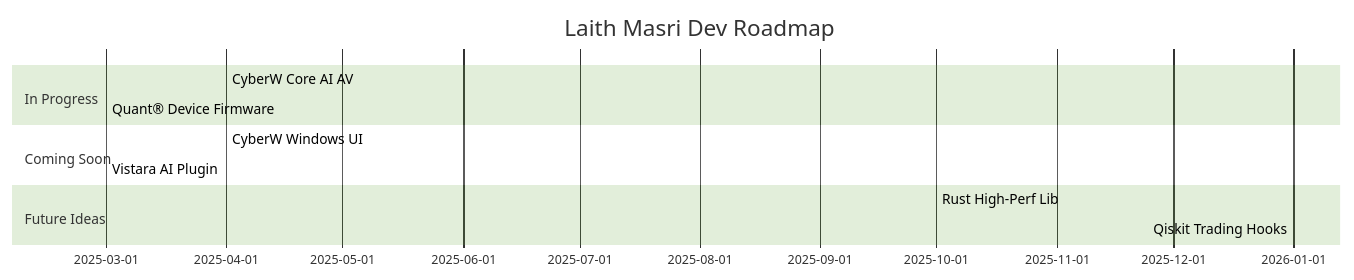
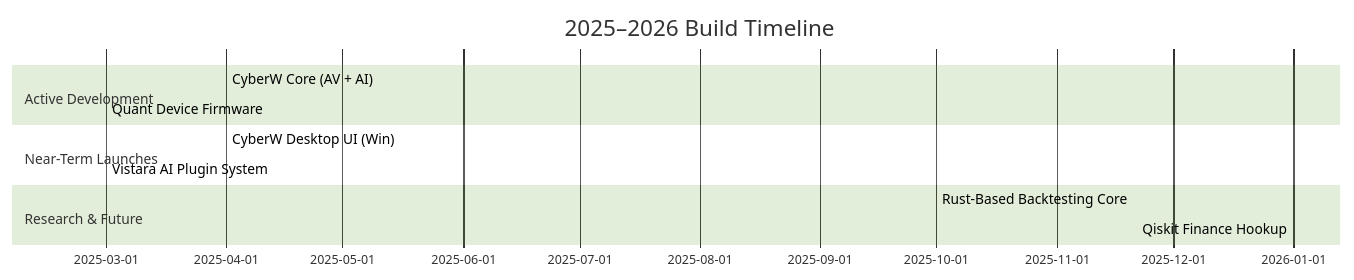
The diagram in README.md (laithm/laithm), drawn with Mermaid (forest theme) before and after one commit. The commit also changed other lines of this file, not shown here.

````diff
--- a/README.md
+++ b/README.md
@@ -78,14 +78,14 @@
 ```mermaid
 gantt
-    title Laith Masri Dev Roadmap
+    title 2025–2026 Build Timeline
     dateFormat  YYYY-MM
-    section In Progress
-    CyberW Core AI AV        :active, dev-cyberw, 2025-04, 6m
-    Quant® Device Firmware   :active, dev-quant, 2025-03, 8m
-    section Coming Soon
-    CyberW Windows UI        :cyberw-ui, after dev-cyberw, 4m
-    Vistara AI Plugin        :plugin-vistara, after dev-quant, 3m
-    section Future Ideas
-    Rust High‑Perf Lib       :future-rust, 2025-10, 6m
-    Qiskit Trading Hooks     :future-qiskit, 2026-01, 6m
+    section Active Development
+    CyberW Core (AV + AI)        :active, a1, 2025-04, 6m
+    Quant Device Firmware        :active, a2, 2025-03, 8m
+    section Near-Term Launches
+    CyberW Desktop UI (Win)      :b1, after a1, 4m
+    Vistara AI Plugin System     :b2, after a2, 3m
+    section Research & Future
+    Rust-Based Backtesting Core  :c1, 2025-10, 6m
+    Qiskit Finance Hookup        :c2, 2026-01, 6m
 ```
````
